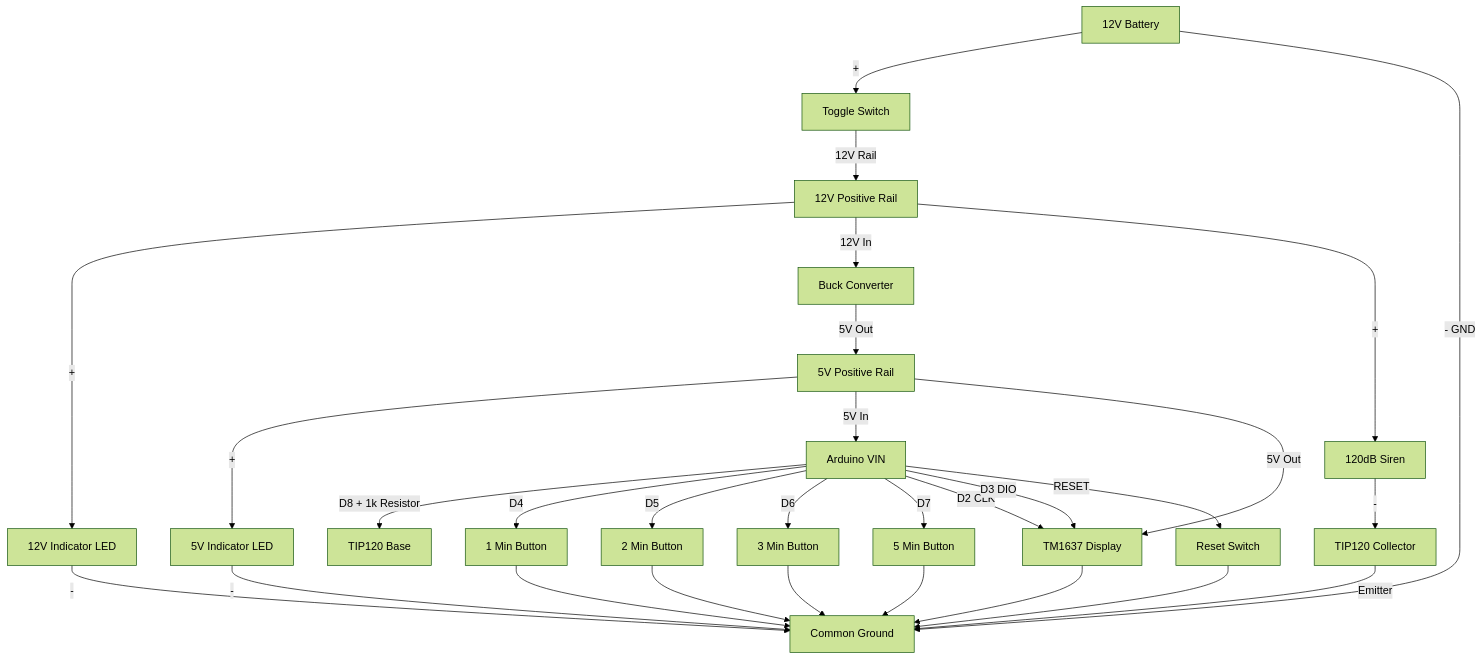
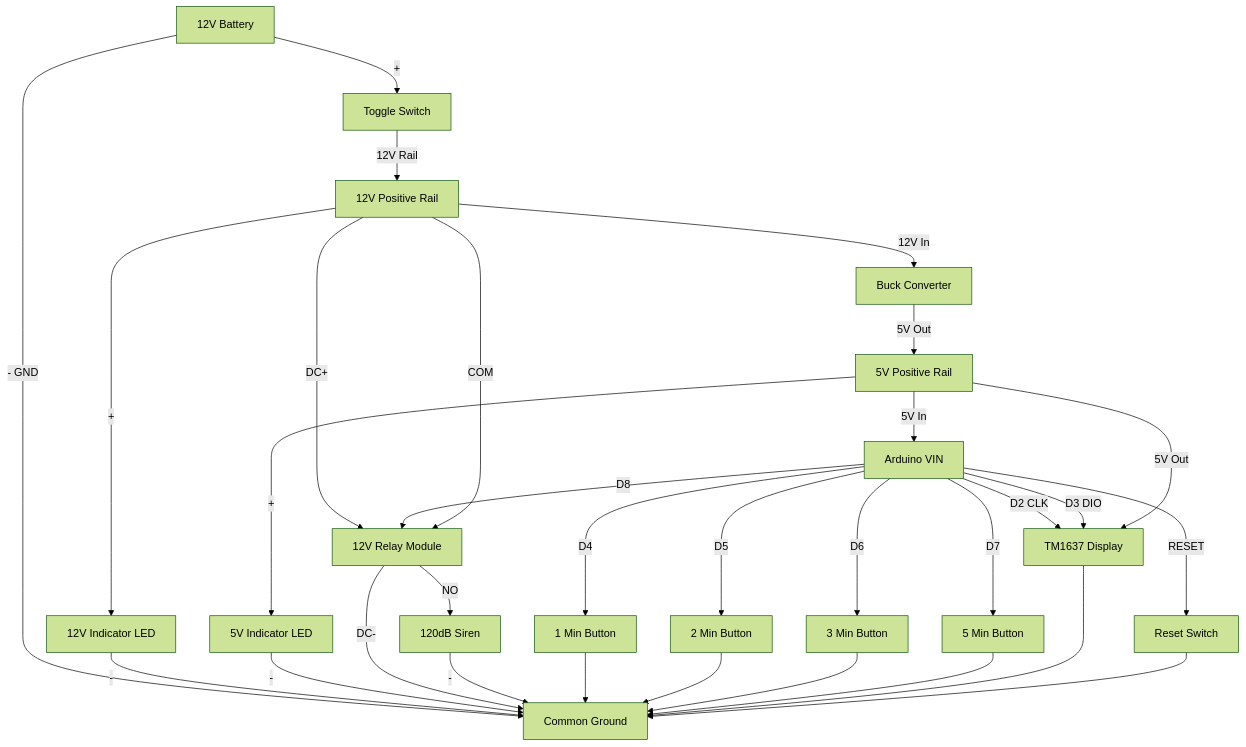
One commit to amesclar/rt-nano changed the diagram in README.md. Above: the diagram before and after it, drawn with Mermaid (forest theme). The commit also changed other lines of this file and 17 other files, not shown here.

````diff
--- a/README.md
+++ b/README.md
@@ -57,41 +65,44 @@
 ```mermaid
 graph TD
     Bat[12V Battery] -->| + | Switch[Toggle Switch]
     Bat -->| - GND | GND[Common Ground]
     
     Switch -->|12V Rail| Rail[12V Positive Rail]
     
     Rail -->| + | LED12[12V Indicator LED]
     LED12 -->| - | GND
     
     Rail -->|12V In| Buck[Buck Converter]
     Buck -->|5V Out| 5VRail[5V Positive Rail]
     
     5VRail -->| + | LED5[5V Indicator LED]
     LED5 -->| - | GND
     
     5VRail -->|5V In| Arduino[Arduino VIN]
     
-    Rail -->| + | Siren[120dB Siren]
-    Siren -->| - | TIP120[TIP120 Collector]
-    Arduino -->|D8 + 1k Resistor| TIP120_Base[TIP120 Base]
-    TIP120 -->|Emitter| GND
+    Rail -->|DC+| Relay[12V Relay Module]
+    Relay -->|DC-| GND
+    Arduino -->|D8| Relay
+    
+    Rail -->|COM| Relay
+    Relay -->|NO| Siren[120dB Siren]
+    Siren -->| - | GND
     
     Arduino -->|D4| Btn1m[1 Min Button]
     Arduino -->|D5| Btn2m[2 Min Button]
     Arduino -->|D6| Btn3m[3 Min Button]
     Arduino -->|D7| Btn5m[5 Min Button]
     
     Btn1m --> GND
     Btn2m --> GND
     Btn3m --> GND
     Btn5m --> GND
     
     Arduino -->|D2 CLK| Disp[TM1637 Display]
     Arduino -->|D3 DIO| Disp
     5VRail -->|5V Out| Disp
     Disp --> GND
 
     Arduino -->|RESET| BtnReset[Reset Switch]
     BtnReset --> GND
 ```
````
